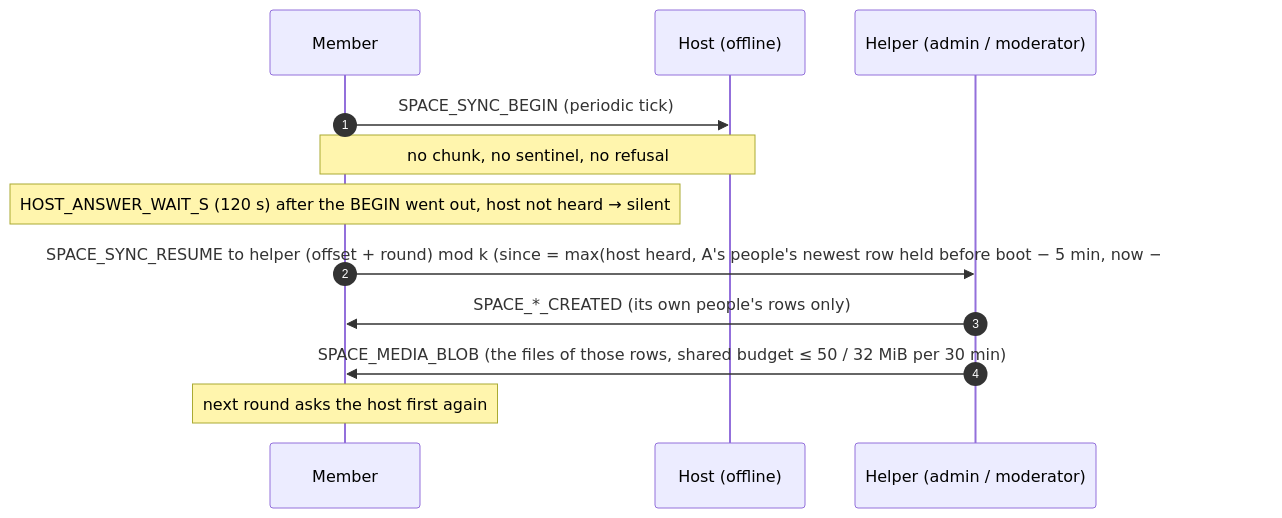
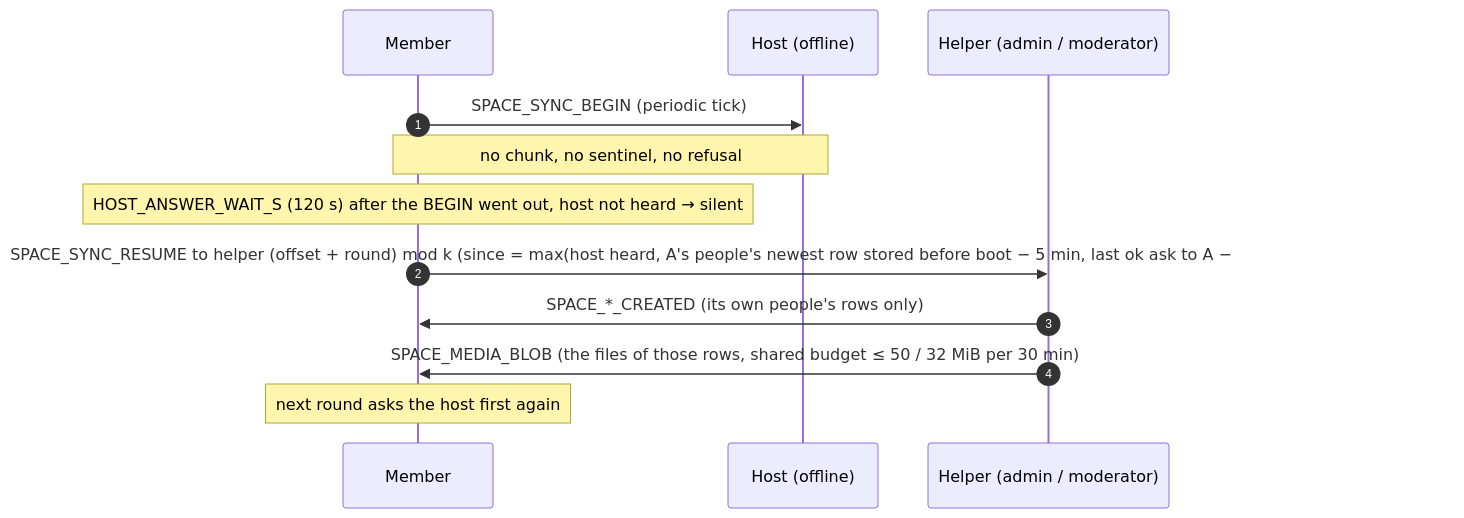
The fourth of 4 diagrams in docs/protocol/sync.md (social-home-io/socialhome), drawn with Mermaid before and after one commit. The commit also changed other lines of this file and 14 other files, not shown here.

````diff
--- a/docs/protocol/sync.md
+++ b/docs/protocol/sync.md
@@ -259,14 +259,14 @@
 ```mermaid
 sequenceDiagram
     autonumber
     participant M as Member
     participant H as Host (offline)
     participant A as Helper (admin / moderator)
     M->>H: SPACE_SYNC_BEGIN (periodic tick)
     Note over M,H: no chunk, no sentinel, no refusal
     Note over M: HOST_ANSWER_WAIT_S (120 s) after the BEGIN went out, host not heard → silent
-    M->>A: SPACE_SYNC_RESUME to helper (offset + round) mod k (since = max(host heard, A's people's newest row held before boot − 5 min, now − 30 d) ≤ now)
+    M->>A: SPACE_SYNC_RESUME to helper (offset + round) mod k (since = max(host heard, A's people's newest row stored before boot − 5 min, last ok ask to A − 5 min, now − 30 d) ≤ now)
     A->>M: SPACE_*_CREATED (its own people's rows only)
     A->>M: SPACE_MEDIA_BLOB (the files of those rows, shared budget ≤ 50 / 32 MiB per 30 min)
     Note over M: next round asks the host first again
 ```
````
